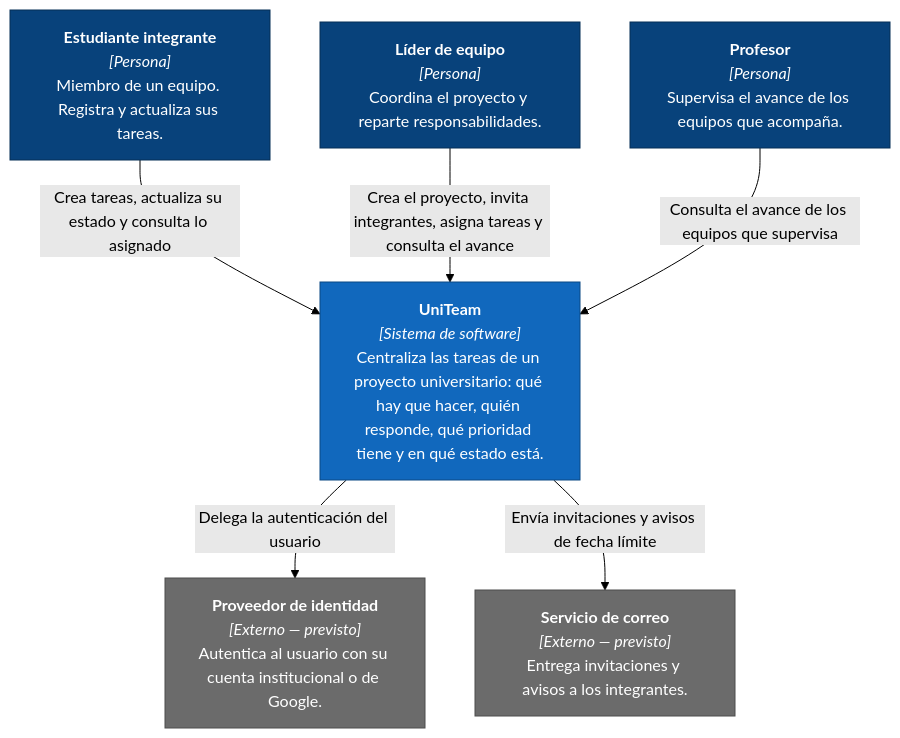
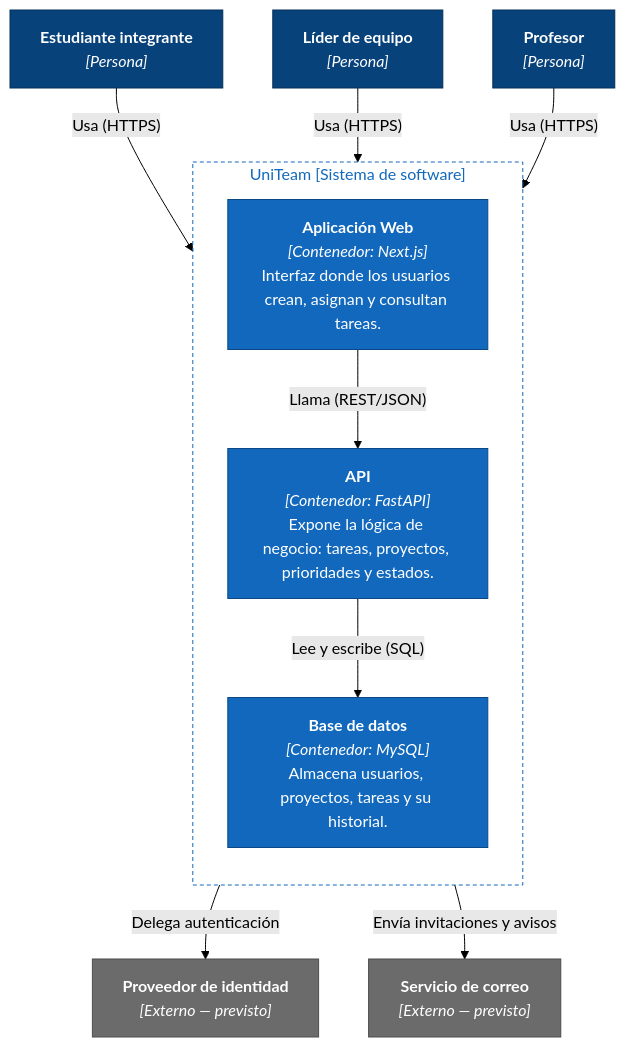
The diagram in docs/c4/nivel1-contexto.md (ISCOUTB/AS_202620_uniTeam), drawn with Mermaid (forest theme) before and after one commit.

Commit message:
Update flowchart in nivel1-contexto.md

````diff
--- a/docs/c4/nivel1-contexto.md
+++ b/docs/c4/nivel1-contexto.md
@@ -10,26 +10,37 @@
 ```mermaid
 flowchart TB
-    est["<b>Estudiante integrante</b><br/><i>[Persona]</i><br/>Miembro de un equipo. Registra y actualiza sus tareas."]
-    lid["<b>Líder de equipo</b><br/><i>[Persona]</i><br/>Coordina el proyecto y reparte responsabilidades."]
-    pro["<b>Profesor</b><br/><i>[Persona]</i><br/>Supervisa el avance de los equipos que acompaña."]
+ subgraph sys["UniTeam [Sistema de software]"]
+    direction TB
+        web["<b>Aplicación Web</b><br><i>[Contenedor: Next.js]</i><br>Interfaz donde los usuarios crean, asignan y consultan tareas."]
+        api["<b>API</b><br><i>[Contenedor: FastAPI]</i><br>Expone la lógica de negocio: tareas, proyectos, prioridades y estados."]
+        db["<b>Base de datos</b><br><i>[Contenedor: MySQL]</i><br>Almacena usuarios, proyectos, tareas y su historial."]
+  end
+    est["<b>Estudiante integrante</b><br><i>[Persona]</i>"] -- Usa (HTTPS) --> web
+    lid["<b>Líder de equipo</b><br><i>[Persona]</i>"] -- Usa (HTTPS) --> web
+    pro["<b>Profesor</b><br><i>[Persona]</i>"] -- Usa (HTTPS) --> web
+    web -- Llama (REST/JSON) --> api
+    api -- Lee y escribe (SQL) --> db
+    api -- Delega autenticación --> idp["<b>Proveedor de identidad</b><br><i>[Externo — previsto]</i>"]
+    api -- Envía invitaciones y avisos --> mail["<b>Servicio de correo</b><br><i>[Externo — previsto]</i>"]
 
-    sys["<b>UniTeam</b><br/><i>[Sistema de software]</i><br/>Centraliza las tareas de un proyecto universitario: qué hay que hacer, quién responde, qué prioridad tiene y en qué estado está."]
-
-    idp["<b>Proveedor de identidad</b><br/><i>[Externo — previsto]</i><br/>Autentica al usuario con su cuenta institucional o de Google."]
-    mail["<b>Servicio de correo</b><br/><i>[Externo — previsto]</i><br/>Entrega invitaciones y avisos a los integrantes."]
-
-    est -->|"Crea tareas, actualiza su estado y consulta lo asignado"| sys
-    lid -->|"Crea el proyecto, invita integrantes, asigna tareas y consulta el avance"| sys
-    pro -->|"Consulta el avance de los equipos que supervisa"| sys
-
-    sys -->|"Delega la autenticación del usuario"| idp
-    sys -->|"Envía invitaciones y avisos de fecha límite"| mail
-
+    est@{ shape: rect}
+    lid@{ shape: rect}
+    pro@{ shape: rect}
+     web:::contenedor
+     api:::contenedor
+     db:::contenedor
+     est:::persona
+     lid:::persona
+     pro:::persona
+     idp:::externo
+     mail:::externo
     classDef persona fill:#08427b,stroke:#052e56,color:#ffffff
-    classDef sistema fill:#1168bd,stroke:#0b4884,color:#ffffff
+    classDef contenedor fill:#1168bd,stroke:#0b4884,color:#ffffff
     classDef externo fill:#6b6b6b,stroke:#4d4d4d,color:#ffffff
+    classDef limite fill:none,stroke:#1168bd,stroke-dasharray: 4 3,color:#1168bd
 
     class est,lid,pro persona
-    class sys sistema
+    class web,api,db contenedor
     class idp,mail externo
+    class sys limite
 ```
````
